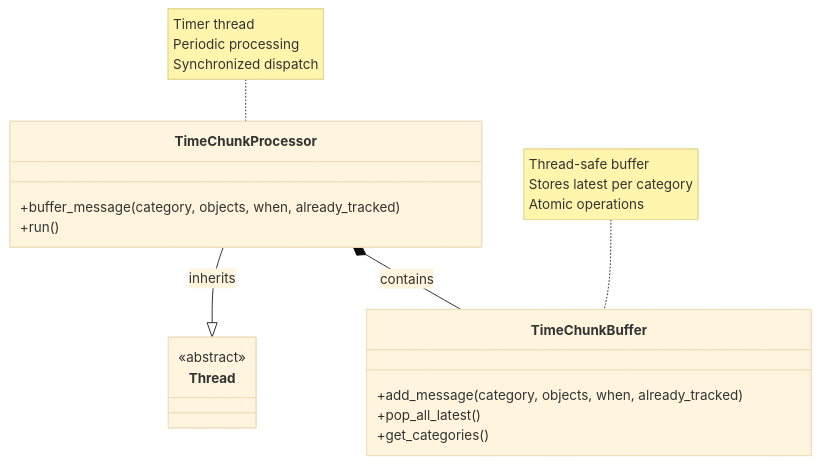
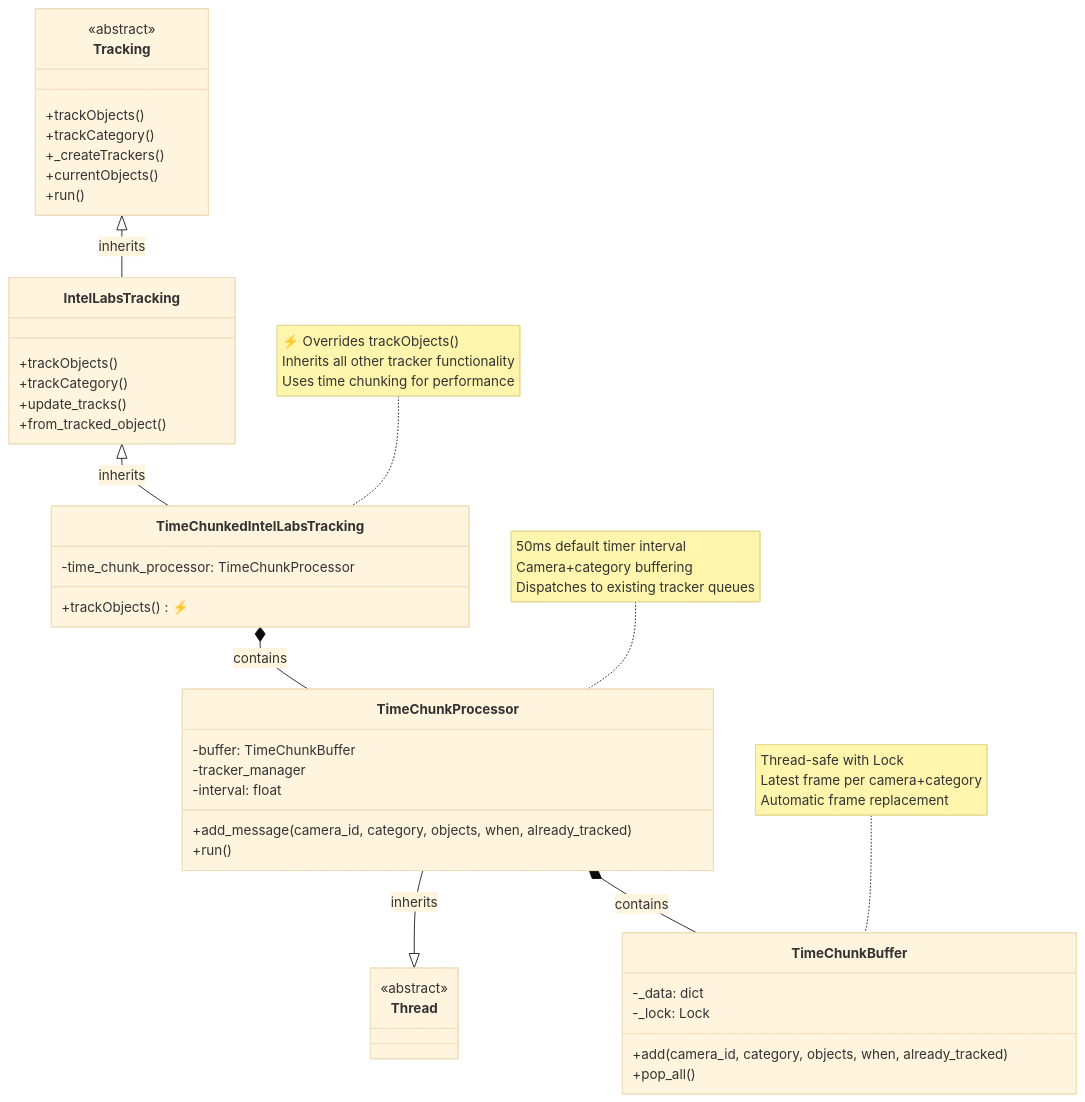
One commit to open-edge-platform/scenescape changed the third of 3 diagrams in docs/design/time-chunking.md. Above: the diagram before and after it, drawn with Mermaid (base theme). The commit also changed other lines of this file and 3 other files, not shown here.

````diff
--- a/docs/design/time-chunking.md
+++ b/docs/design/time-chunking.md
@@ -177,24 +181,54 @@
 ```mermaid
 classDiagram
-    class TimeChunkBuffer {
-        +add_message(category, objects, when, already_tracked)
-        +pop_all_latest()
-        +get_categories()
+    class Tracking {
+        <<abstract>>
+        +trackObjects()
+        +trackCategory()
+        +_createTrackers()
+        +currentObjects()
+        +run()
+    }
+    
+    class IntelLabsTracking {
+        +trackObjects()
+        +trackCategory()
+        +update_tracks()
+        +from_tracked_object()
+    }
+    
+    class TimeChunkedIntelLabsTracking {
+        +trackObjects() ⚡
+        -time_chunk_processor: TimeChunkProcessor
     }
     
     class TimeChunkProcessor {
-        +buffer_message(category, objects, when, already_tracked)
+        +add_message(camera_id, category, objects, when, already_tracked)
         +run()
+        -buffer: TimeChunkBuffer
+        -tracker_manager
+        -interval: float
+    }
+    
+    class TimeChunkBuffer {
+        +add(camera_id, category, objects, when, already_tracked)
+        +pop_all()
+        -_data: dict
+        -_lock: Lock
     }
     
     class Thread {
         <<abstract>>
     }
     
+    Tracking <|-- IntelLabsTracking : inherits
+    IntelLabsTracking <|-- TimeChunkedIntelLabsTracking : inherits
     TimeChunkProcessor --|> Thread : inherits
+    TimeChunkedIntelLabsTracking *-- TimeChunkProcessor : contains
     TimeChunkProcessor *-- TimeChunkBuffer : contains
     
-    note for TimeChunkBuffer "Thread-safe buffer</br>Stores latest per category</br>Atomic operations"
+    note for TimeChunkedIntelLabsTracking "⚡ Overrides trackObjects()</br>Inherits all other tracker functionality</br>Uses time chunking for performance"
     
-    note for TimeChunkProcessor "Timer thread</br>Periodic processing</br>Synchronized dispatch"
+    note for TimeChunkProcessor "50ms default timer interval</br>Camera+category buffering</br>Dispatches to existing tracker queues"
+    
+    note for TimeChunkBuffer "Thread-safe with Lock</br>Latest frame per camera+category</br>Automatic frame replacement"
 ```
````
